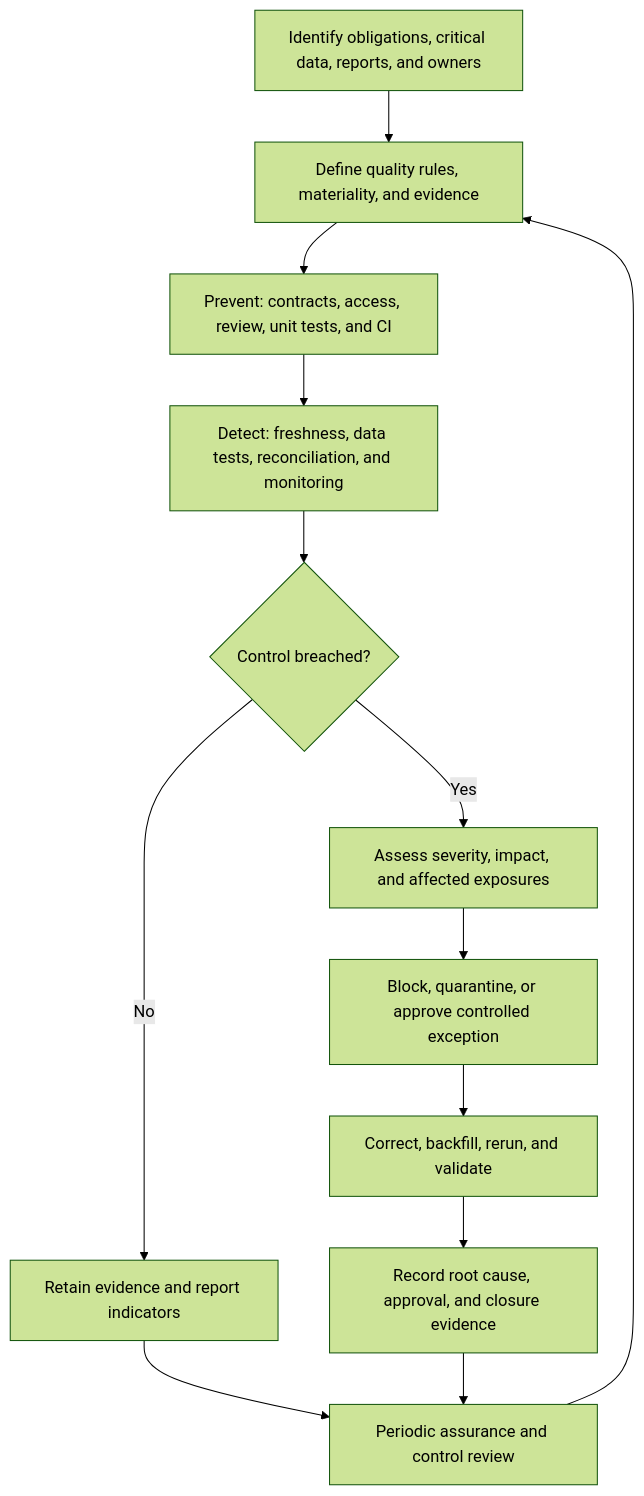
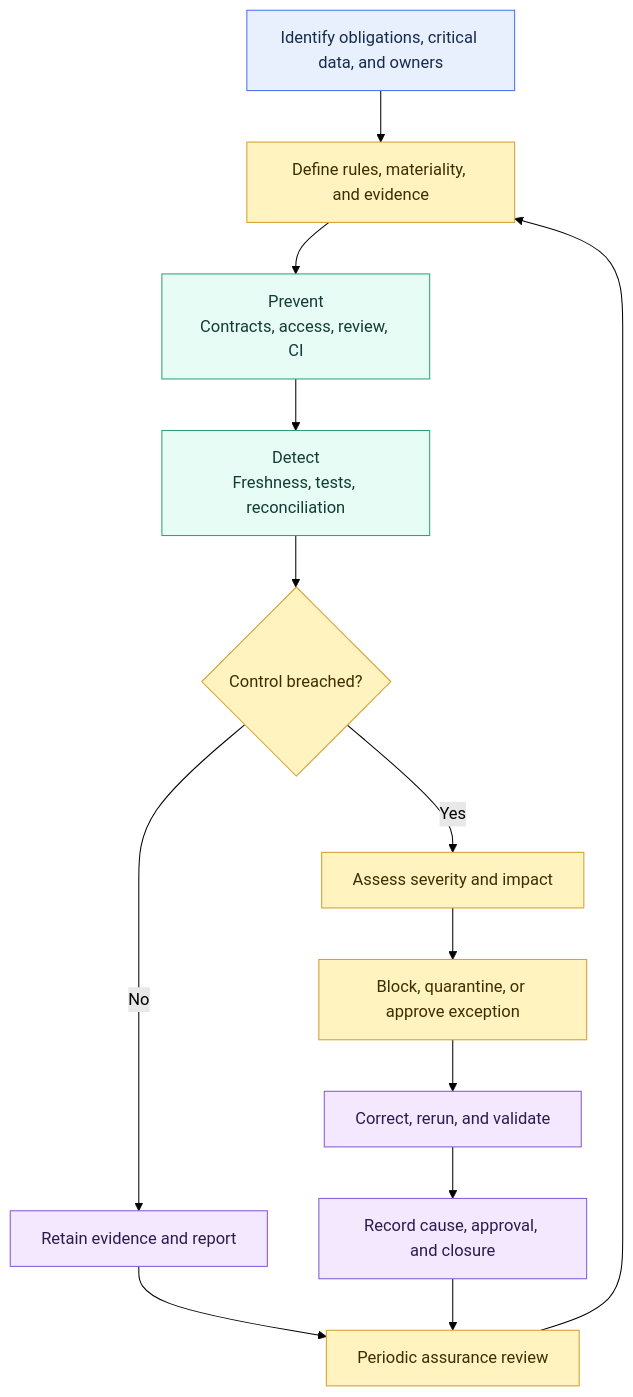
One commit to shonningsoy/Upskill changed the diagram in 02 dbt/03 Testing Documentation and Data Quality/29 Data Quality Strategy in Regulated Environments.md. Above: the diagram before and after it, drawn with Mermaid (forest theme). The commit also changed other lines of this file and 31 other files, not shown here.

````diff
--- a/02 dbt/03 Testing Documentation and Data Quality/29 Data Quality Strategy in Regulated Environments.md
+++ b/02 dbt/03 Testing Documentation and Data Quality/29 Data Quality Strategy in Regulated Environments.md
@@ -84,15 +85,25 @@
 ```mermaid
 flowchart TD
-    A[Identify obligations, critical data, reports, and owners] --> B[Define quality rules, materiality, and evidence]
-    B --> C[Prevent: contracts, access, review, unit tests, and CI]
-    C --> D[Detect: freshness, data tests, reconciliation, and monitoring]
+    A[Identify obligations, critical data, and owners] --> B[Define rules, materiality, and evidence]
+    B --> C[Prevent<br/>Contracts, access, review, CI]
+    C --> D[Detect<br/>Freshness, tests, reconciliation]
     D --> E{Control breached?}
-    E -->|No| F[Retain evidence and report indicators]
-    E -->|Yes| G[Assess severity, impact, and affected exposures]
-    G --> H[Block, quarantine, or approve controlled exception]
-    H --> I[Correct, backfill, rerun, and validate]
-    I --> J[Record root cause, approval, and closure evidence]
-    F --> K[Periodic assurance and control review]
+    E -->|No| F[Retain evidence and report]
+    E -->|Yes| G[Assess severity and impact]
+    G --> H[Block, quarantine, or approve exception]
+    H --> I[Correct, rerun, and validate]
+    I --> J[Record cause, approval, and closure]
+    F --> K[Periodic assurance review]
     J --> K
     K --> B
+
+    class A input
+    class B,E,G,H,K control
+    class C,D dbt
+    class F,I,J output
+    classDef input fill:#E8F0FE,stroke:#4C6EF5,color:#172B4D
+    classDef control fill:#FFF3BF,stroke:#D69E2E,color:#3D2E00
+    classDef dbt fill:#E6FCF5,stroke:#2F9E7B,color:#123C34
+    classDef platform fill:#F1F3F5,stroke:#868E96,color:#212529
+    classDef output fill:#F3E8FF,stroke:#805AD5,color:#2D1B4E
 ```
````
